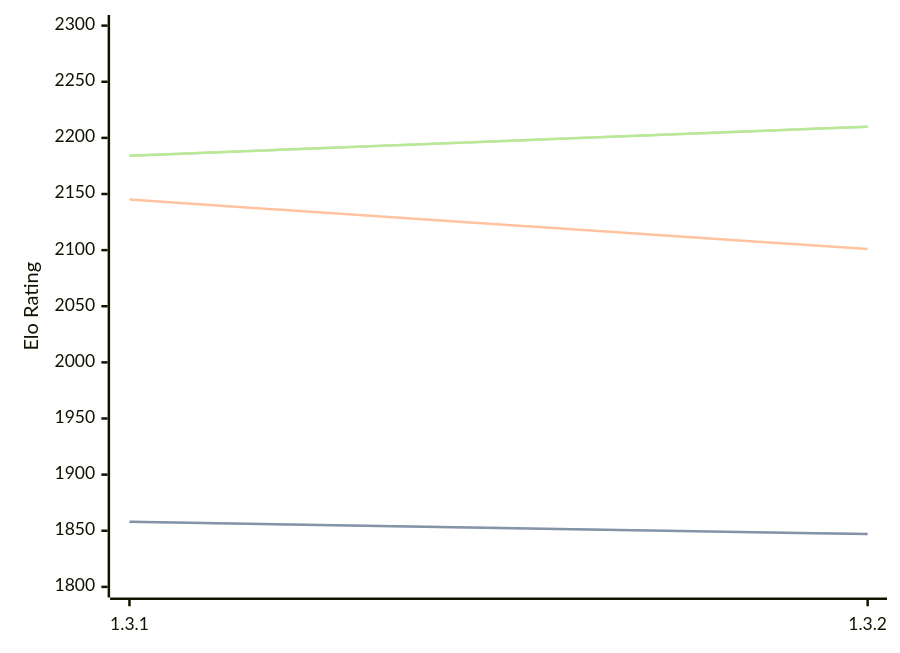
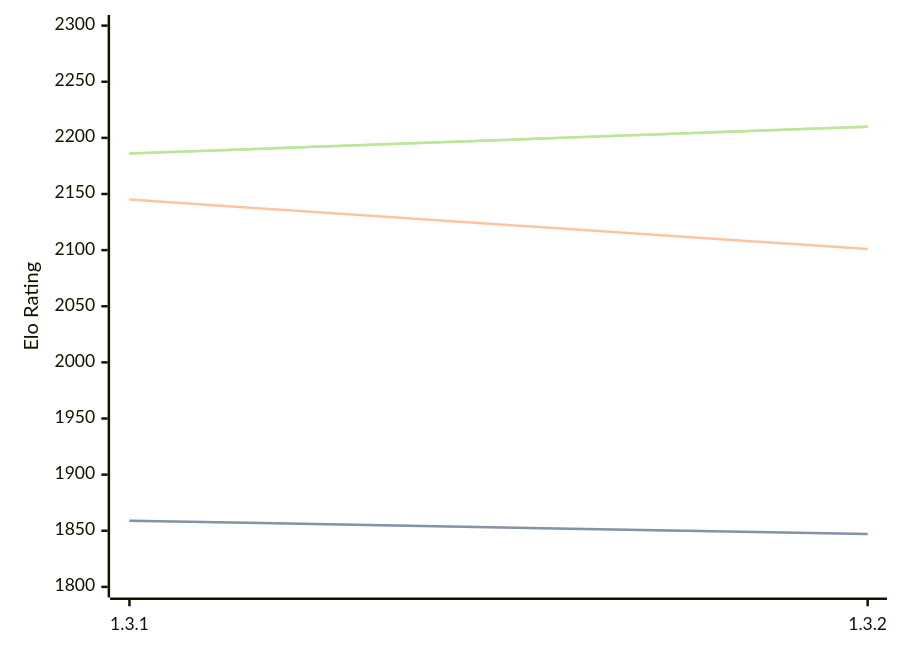
Before and after one commit to computer-chess-index/cci: the diagram in engines/Zugblitz.md, drawn with Mermaid. The commit also changed other lines of this file, not shown here.

Commit message:
Update CCI Ratings (ELO VLTC) - 2026-09-01

````diff
--- a/engines/Zugblitz.md
+++ b/engines/Zugblitz.md
@@ -32,11 +32,11 @@
 ```mermaid
 %%{init: {"theme":"base","themeVariables":{"seriesColors:['#a3a3a3','#222221','#faa371']}}}%%
 xychart-beta
   x-axis ["1.3.1", "1.3.2"]
   y-axis "Elo Rating" 1800 --> 2300
-  line "" [1858, 1847]
-  line "STC (8.0+0.08s)" [1858, 1847]
+  line "" [1859, 1847]
+  line "STC (8.0+0.08s)" [1859, 1847]
   line "LTC (60.0+0.60s)" [2145, 2101]
-  line "" [2184, 2210]
-  line "VLTC (2m24s+1.12s)" [2184, 2210]
+  line "" [2186, 2210]
+  line "VLTC (2m24s+1.12s)" [2186, 2210]
 ```
````
